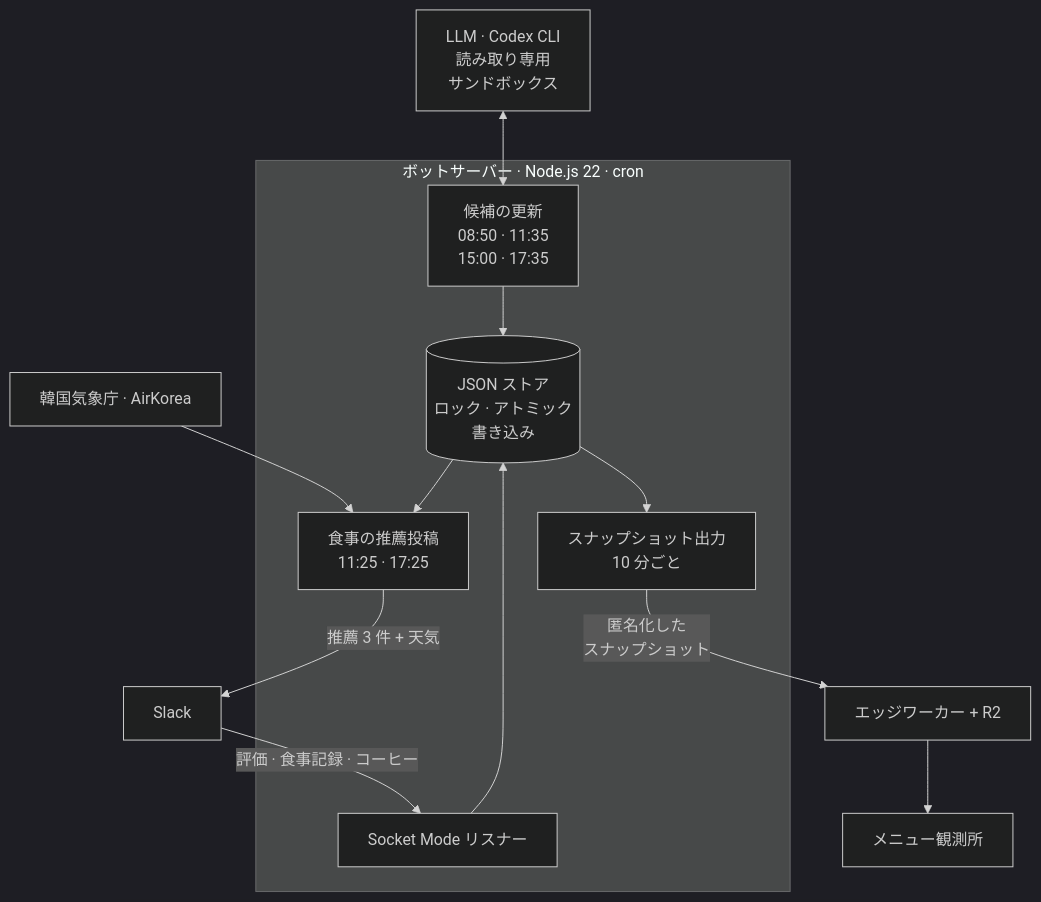
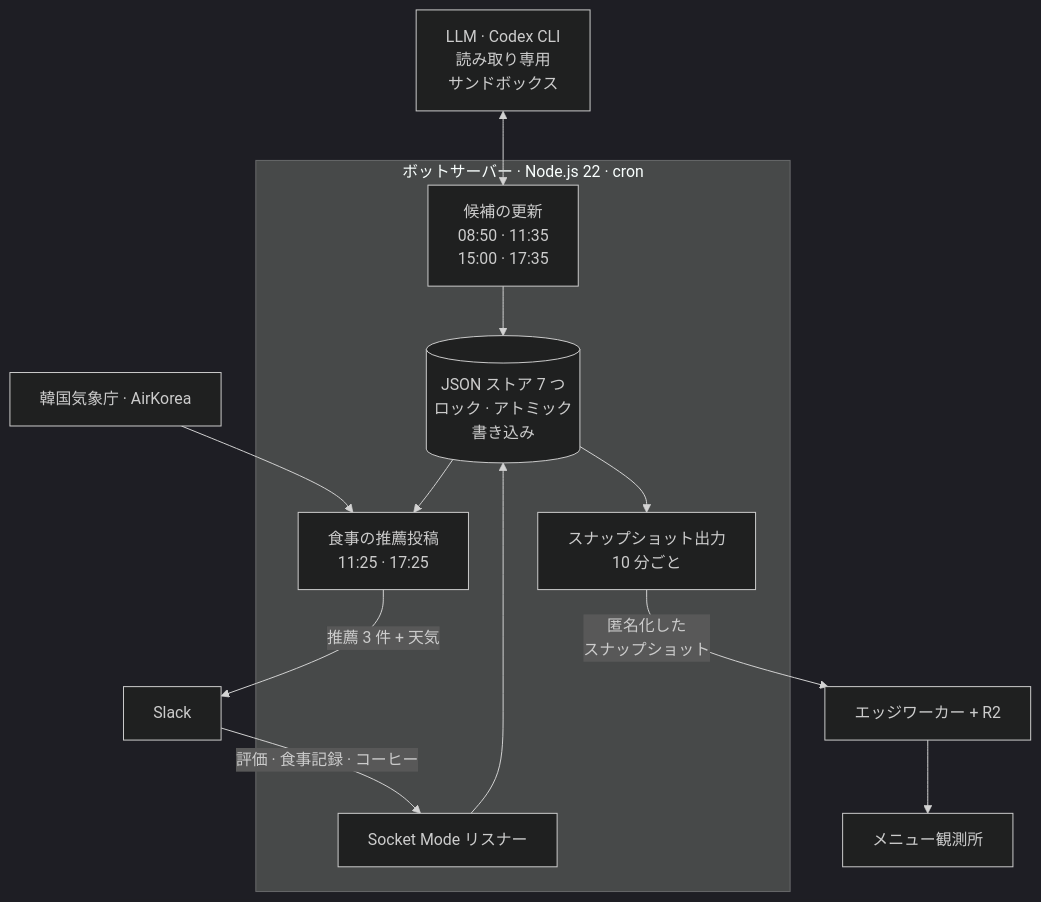
Before and after one commit to jumincho/ojeommwo: the diagram in README.ja.md, drawn with Mermaid (dark theme). The commit also changed other lines of this file and 4 other files, not shown here.

````diff
--- a/README.ja.md
+++ b/README.ja.md
@@ -46,26 +47,26 @@
 ```mermaid
 flowchart TB
   llm["LLM · Codex CLI<br/>読み取り専用<br/>サンドボックス"]
   weather["韓国気象庁 · AirKorea"]
   subgraph bot["ボットサーバー · Node.js 22 · cron"]
     refresh["候補の更新<br/>08:50 · 11:35<br/>15:00 · 17:35"]
     post["食事の推薦投稿<br/>11:25 · 17:25"]
-    store[("JSON ストア<br/>ロック · アトミック<br/>書き込み")]
+    store[("JSON ストア 7 つ<br/>ロック · アトミック<br/>書き込み")]
     listener["Socket Mode リスナー"]
     export["スナップショット出力<br/>10 分ごと"]
   end
   slack["Slack"]
   edge["エッジワーカー + R2"]
   browser["メニュー観測所"]
 
   llm <--> refresh
   weather --> post
   refresh --> store
   store --> post
   post -->|"推薦 3 件 + 天気"| slack
   slack -->|"評価 · 食事記録 · コーヒー"| listener
   listener --> store
   store --> export
   export -->|"匿名化した<br/>スナップショット"| edge
   edge --> browser
 ```
````
